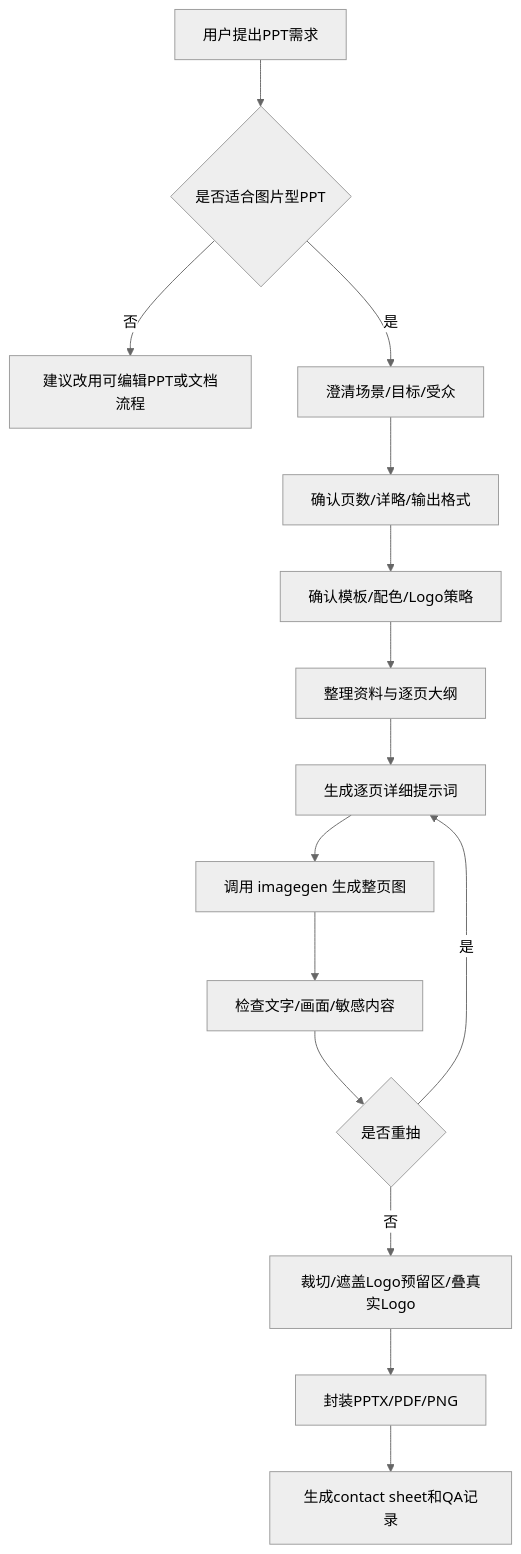
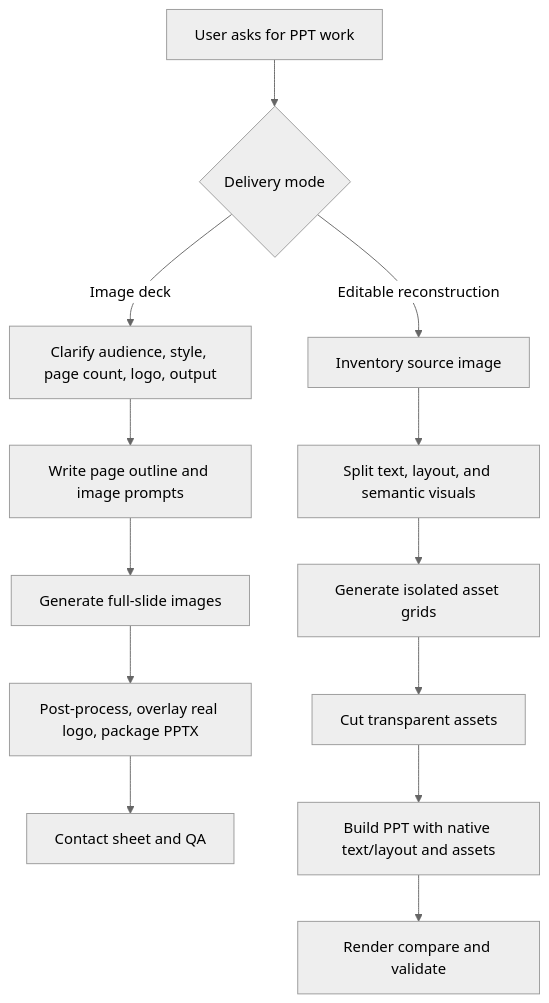
One commit to Ronnie2025/codex-ppt-skill changed the diagram in README.md. Above: the diagram before and after it, drawn with Mermaid (neutral theme). The commit also changed other lines of this file and 15 other files, not shown here.

Commit message:
Extend PPT skill with editable rebuild workflow

````diff
--- a/README.md
+++ b/README.md
@@ -27,17 +31,16 @@
 ```mermaid
 flowchart TD
-  A[用户提出PPT需求] --> B{是否适合图片型PPT}
-  B -- 否 --> X[建议改用可编辑PPT或文档流程]
-  B -- 是 --> C[澄清场景/目标/受众]
-  C --> D[确认页数/详略/输出格式]
-  D --> E[确认模板/配色/Logo策略]
-  E --> F[整理资料与逐页大纲]
-  F --> G[生成逐页详细提示词]
-  G --> H[调用 imagegen 生成整页图]
-  H --> I[检查文字/画面/敏感内容]
-  I --> J{是否重抽}
-  J -- 是 --> G
-  J -- 否 --> K[裁切/遮盖Logo预留区/叠真实Logo]
-  K --> L[封装PPTX/PDF/PNG]
-  L --> M[生成contact sheet和QA记录]
+  A[User asks for PPT work] --> B{Delivery mode}
+  B -- Image deck --> C[Clarify audience, style, page count, logo, output]
+  C --> D[Write page outline and image prompts]
+  D --> E[Generate full-slide images]
+  E --> F[Post-process, overlay real logo, package PPTX]
+  F --> G[Contact sheet and QA]
+
+  B -- Editable reconstruction --> H[Inventory source image]
+  H --> I[Split text, layout, and semantic visuals]
+  I --> J[Generate isolated asset grids]
+  J --> K[Cut transparent assets]
+  K --> L[Build PPT with native text/layout and assets]
+  L --> M[Render compare and validate]
 ```
````
